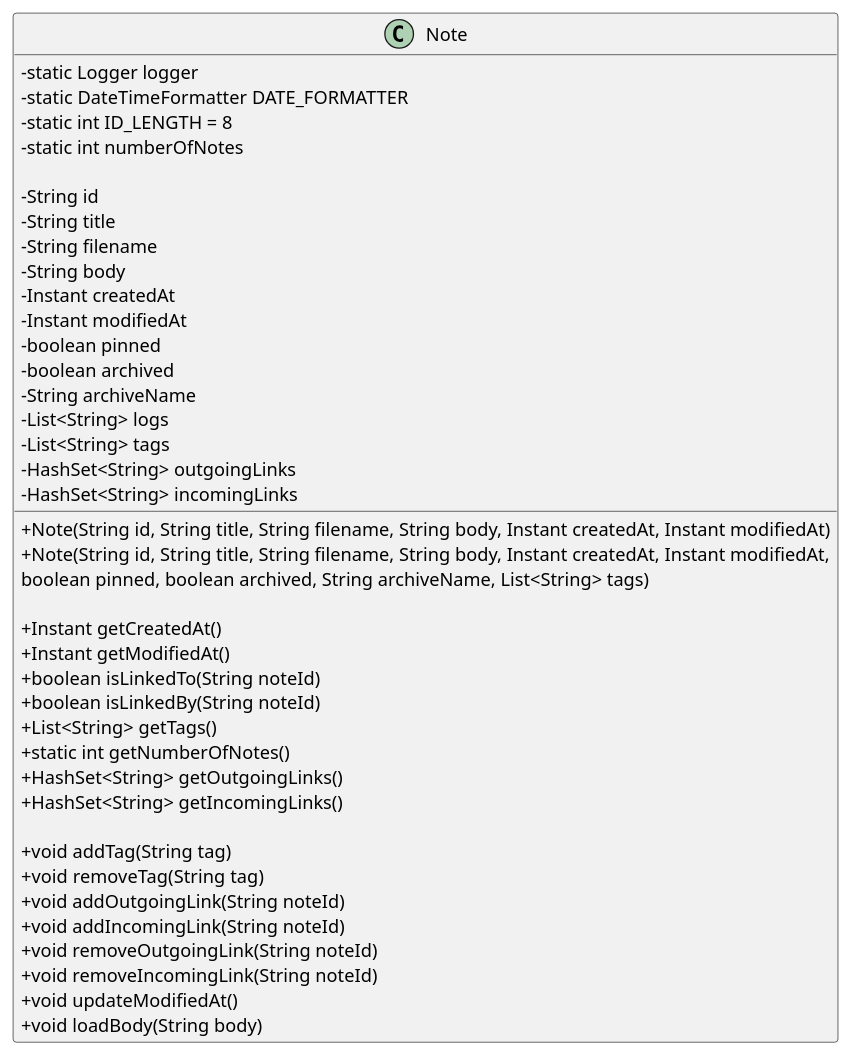
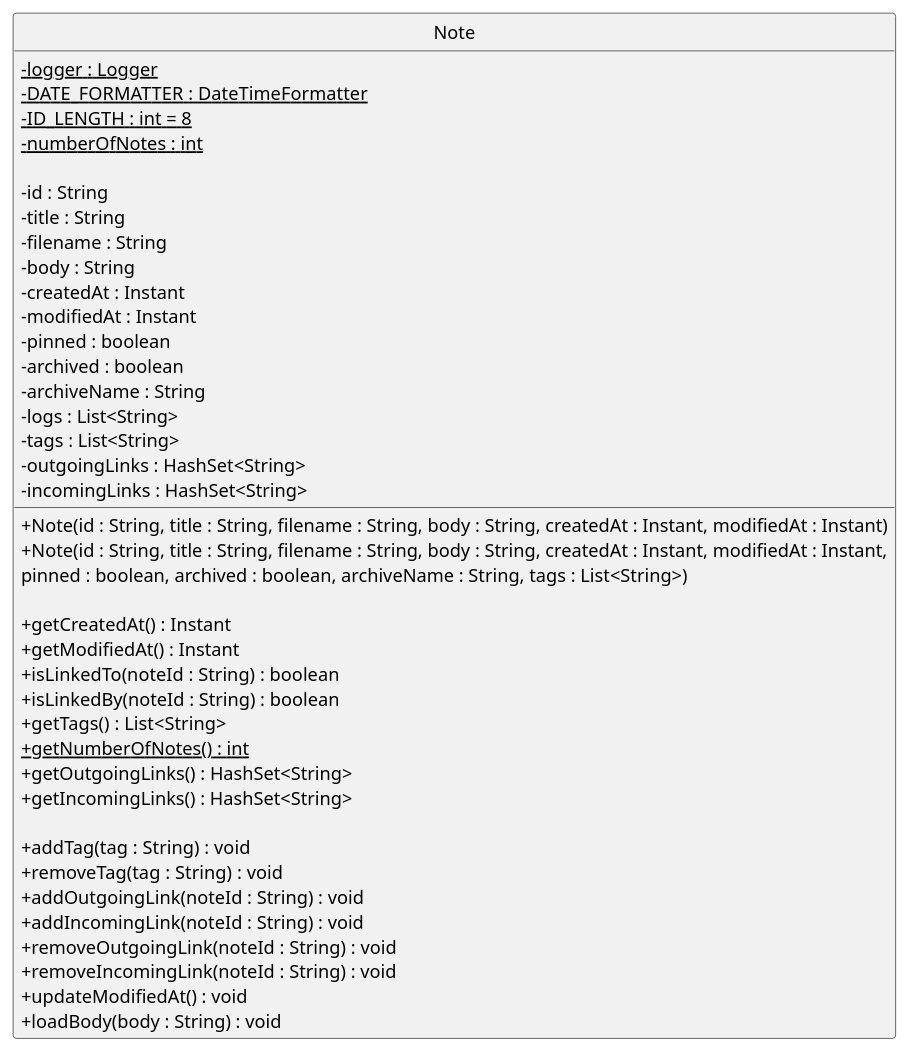
Before and after one commit to shauntsr/tp: the diagram in docs/diagrams/NoteClass.puml, drawn with PlantUML. The commit also changed 1 other file, not shown here.

```diff
--- a/docs/diagrams/NoteClass.puml
+++ b/docs/diagrams/NoteClass.puml
@@ -1,46 +1,47 @@
 @startuml NoteClass
 skinparam classAttributeIconSize 0
+hide circle
 
 class Note {
-    - static Logger logger
-    - static DateTimeFormatter DATE_FORMATTER
-    - static int ID_LENGTH = 8
-    - static int numberOfNotes
+    - {static} logger : Logger
+    - {static} DATE_FORMATTER : DateTimeFormatter
+    - {static} ID_LENGTH : int = 8
+    - {static} numberOfNotes : int
 
-    - String id
-    - String title
-    - String filename
-    - String body
-    - Instant createdAt
-    - Instant modifiedAt
-    - boolean pinned
-    - boolean archived
-    - String archiveName
-    - List<String> logs
-    - List<String> tags
-    - HashSet<String> outgoingLinks
-    - HashSet<String> incomingLinks
+    - id : String
+    - title : String
+    - filename : String
+    - body : String
+    - createdAt : Instant
+    - modifiedAt : Instant
+    - pinned : boolean
+    - archived : boolean
+    - archiveName : String
+    - logs : List<String>
+    - tags : List<String>
+    - outgoingLinks : HashSet<String>
+    - incomingLinks : HashSet<String>
 
-    + Note(String id, String title, String filename, String body, Instant createdAt, Instant modifiedAt)
-    + Note(String id, String title, String filename, String body, Instant createdAt, Instant modifiedAt,
-           boolean pinned, boolean archived, String archiveName, List<String> tags)
+    + Note(id : String, title : String, filename : String, body : String, createdAt : Instant, modifiedAt : Instant)
+    + Note(id : String, title : String, filename : String, body : String, createdAt : Instant, modifiedAt : Instant,
+           pinned : boolean, archived : boolean, archiveName : String, tags : List<String>)
 
-    + Instant getCreatedAt()
-    + Instant getModifiedAt()
-    + boolean isLinkedTo(String noteId)
-    + boolean isLinkedBy(String noteId)
-    + List<String> getTags()
-    + static int getNumberOfNotes()
-    + HashSet<String> getOutgoingLinks()
-    + HashSet<String> getIncomingLinks()
+    + getCreatedAt() : Instant
+    + getModifiedAt() : Instant
+    + isLinkedTo(noteId : String) : boolean
+    + isLinkedBy(noteId : String) : boolean
+    + getTags() : List<String>
+    + {static} getNumberOfNotes() : int
+    + getOutgoingLinks() : HashSet<String>
+    + getIncomingLinks() : HashSet<String>
 
-    + void addTag(String tag)
-    + void removeTag(String tag)
-    + void addOutgoingLink(String noteId)
-    + void addIncomingLink(String noteId)
-    + void removeOutgoingLink(String noteId)
-    + void removeIncomingLink(String noteId)
-    + void updateModifiedAt()
-    + void loadBody(String body)
+    + addTag(tag : String) : void
+    + removeTag(tag : String) : void
+    + addOutgoingLink(noteId : String) : void
+    + addIncomingLink(noteId : String) : void
+    + removeOutgoingLink(noteId : String) : void
+    + removeIncomingLink(noteId : String) : void
+    + updateModifiedAt() : void
+    + loadBody(body : String) : void
 }
 @enduml
```
